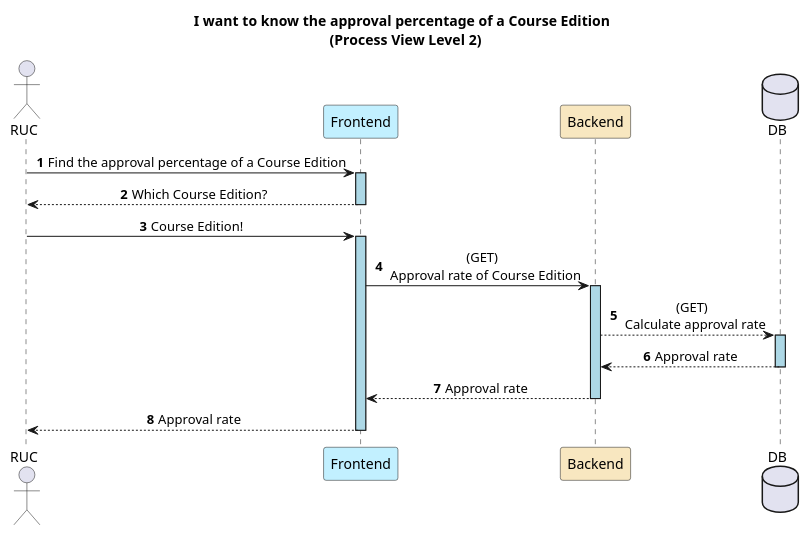
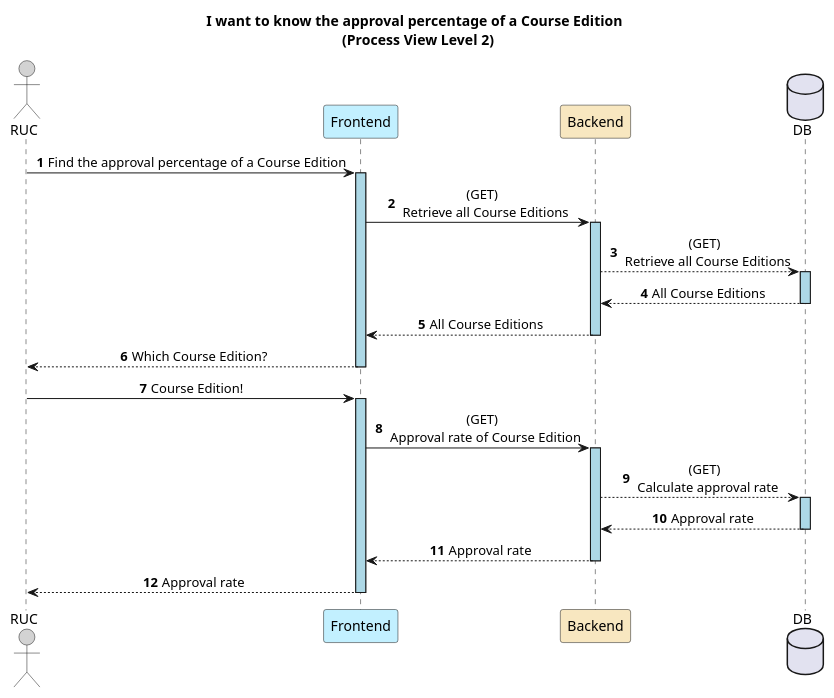
Before and after one commit to GasparISEP/DevOps-PAI: the diagram in docs/US23/REST_API/ProcessView/Level2.puml, drawn with PlantUML.

Commit message:
Update ProcessView Diagram for Level2. Refs #565

```diff
--- a/docs/US23/REST_API/ProcessView/Level2.puml
+++ b/docs/US23/REST_API/ProcessView/Level2.puml
@@ -1,31 +1,40 @@
 @startuml
 autonumber
 skinparam sequenceMessageAlign center
 skinparam sequenceLifeLineBackgroundColor lightblue
 title: I want to know the approval percentage of a Course Edition \n (Process View Level 2)
-actor RUC as RUC
+actor RUC as RUC #lightgrey
 
 participant "Frontend" as FE #application
 participant "Backend" as BE #strategy
 database DB
 
 
 RUC -> FE : Find the approval percentage of a Course Edition
 activate FE
+FE -> BE : (GET) \n Retrieve all Course Editions
+activate BE
+BE --> DB : (GET) \n Retrieve all Course Editions
+activate DB
+DB --> BE : All Course Editions
+deactivate DB
+BE --> FE : All Course Editions
+deactivate BE
 FE --> RUC : Which Course Edition?
 deactivate FE
+
 RUC -> FE: Course Edition!
 activate FE
 FE -> BE : (GET) \n Approval rate of Course Edition
 activate BE
 BE --> DB : (GET) \n Calculate approval rate
 activate DB
 DB --> BE :Approval rate
 deactivate DB
 BE --> FE : Approval rate
 deactivate BE
 FE --> RUC : Approval rate
 deactivate FE
 
 
 @enduml
```
